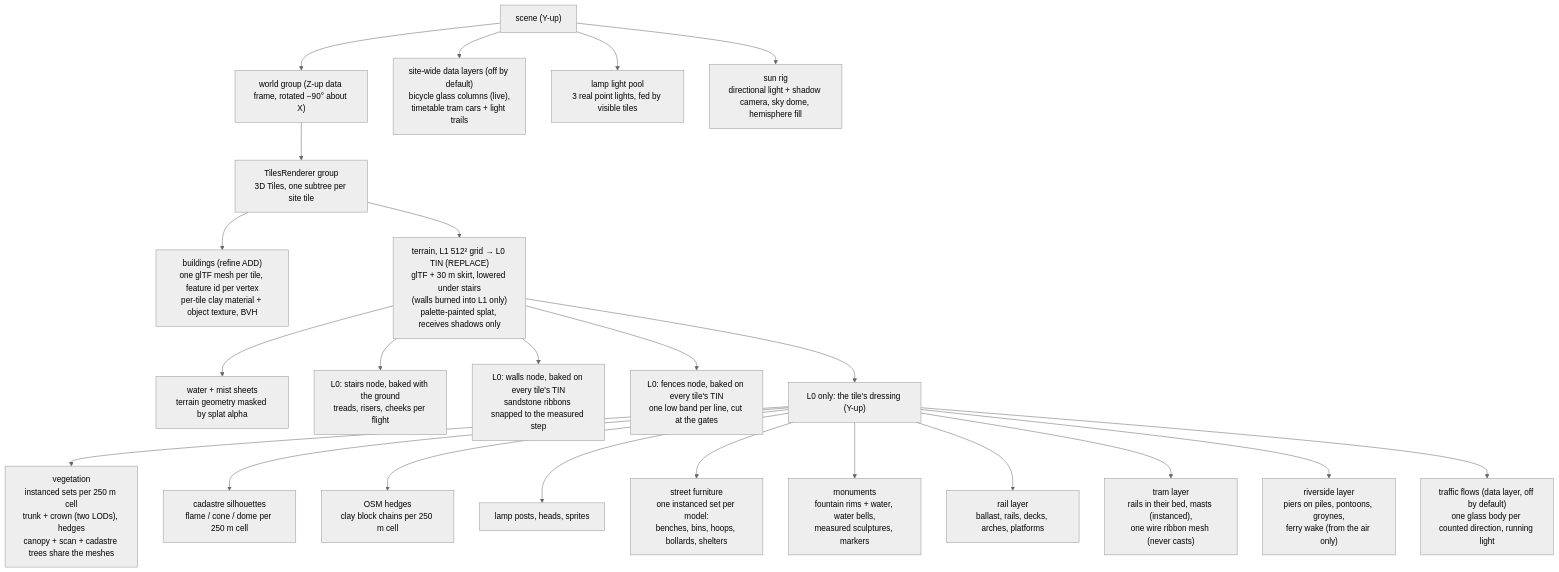
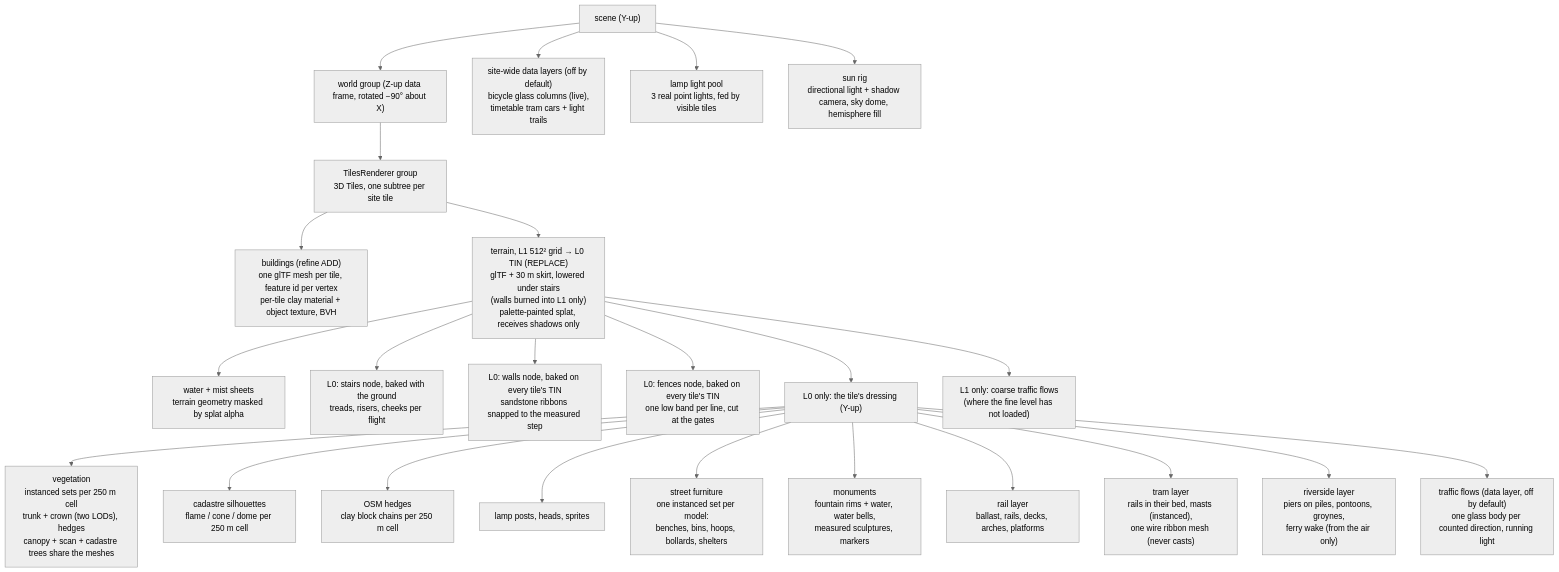
Before and after one commit to mdugue/bridge: the first of 2 diagrams in docs/rendering.md, drawn with Mermaid (neutral theme). The commit also changed other lines of this file and 18 other files, not shown here.

First line of the commit message:
fix(traffic): flows on both terrain levels, no pinch where a street runs on; swatches by the switches

````diff
--- a/docs/rendering.md
+++ b/docs/rendering.md
@@ -25,28 +25,29 @@
 ```mermaid
 flowchart TB
   SCENE["scene (Y-up)"]
   WORLD["world group (Z-up data frame, rotated −90° about X)"]
   TILES["TilesRenderer group<br/>3D Tiles, one subtree per site tile"]
   SCENE --> WORLD
   WORLD --> TILES
   TILES --> CITY["buildings (refine ADD)<br/>one glTF mesh per tile, feature id per vertex<br/>per-tile clay material + object texture, BVH"]
   TILES --> TER["terrain, L1 512² grid → L0 TIN (REPLACE)<br/>glTF + 30 m skirt, lowered under stairs<br/>(walls burned into L1 only)<br/>palette-painted splat, receives shadows only"]
   TER --> WAT["water + mist sheets<br/>terrain geometry masked by splat alpha"]
   TER --> STAIR["L0: stairs node, baked with the ground<br/>treads, risers, cheeks per flight"]
   TER --> WALL["L0: walls node, baked on every tile's TIN<br/>sandstone ribbons snapped to the measured step"]
   TER --> FENCE["L0: fences node, baked on every tile's TIN<br/>one low band per line, cut at the gates"]
   TER --> DRESS["L0 only: the tile's dressing (Y-up)"]
   DRESS --> VEG["vegetation<br/>instanced sets per 250 m cell<br/>trunk + crown (two LODs), hedges<br/>canopy + scan + cadastre trees share the meshes"]
   DRESS --> INV["cadastre silhouettes<br/>flame / cone / dome per 250 m cell"]
   DRESS --> LOW["OSM hedges<br/>clay block chains per 250 m cell"]
   DRESS --> LAMP["lamp posts, heads, sprites"]
   DRESS --> FURN["street furniture<br/>one instanced set per model:<br/>benches, bins, hoops, bollards, shelters"]
   DRESS --> MON["monuments<br/>fountain rims + water, water bells,<br/>measured sculptures, markers"]
   DRESS --> RAIL["rail layer<br/>ballast, rails, decks, arches, platforms"]
   DRESS --> TRAM["tram layer<br/>rails in their bed, masts (instanced),<br/>one wire ribbon mesh (never casts)"]
   DRESS --> RIV["riverside layer<br/>piers on piles, pontoons, groynes,<br/>ferry wake (from the air only)"]
   DRESS --> TRAF["traffic flows (data layer, off by default)<br/>one glass body per counted direction, running light"]
+  TER --> TRAFC["L1 only: coarse traffic flows<br/>(where the fine level has not loaded)"]
   SCENE --> DATA["site-wide data layers (off by default)<br/>bicycle glass columns (live),<br/>timetable tram cars + light trails"]
   SCENE --> LIGHTS["lamp light pool<br/>3 real point lights, fed by visible tiles"]
   SCENE --> SUN["sun rig<br/>directional light + shadow camera, sky dome, hemisphere fill"]
 ```
````
